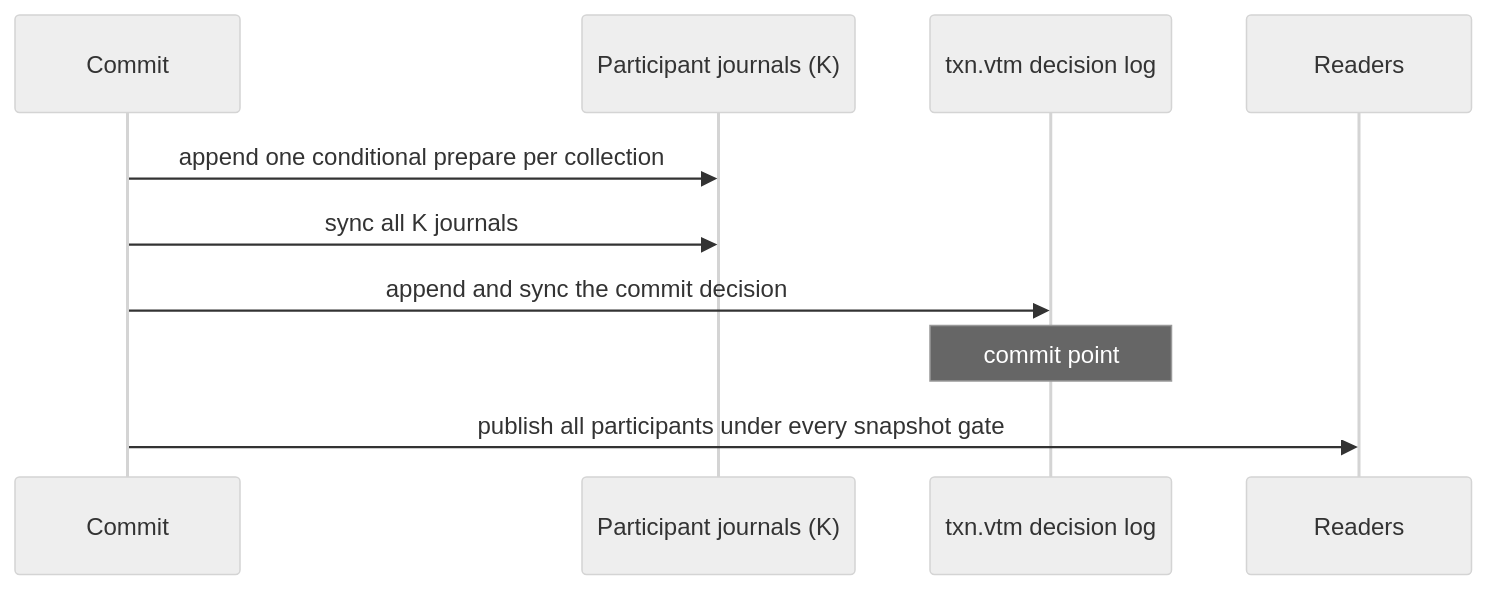
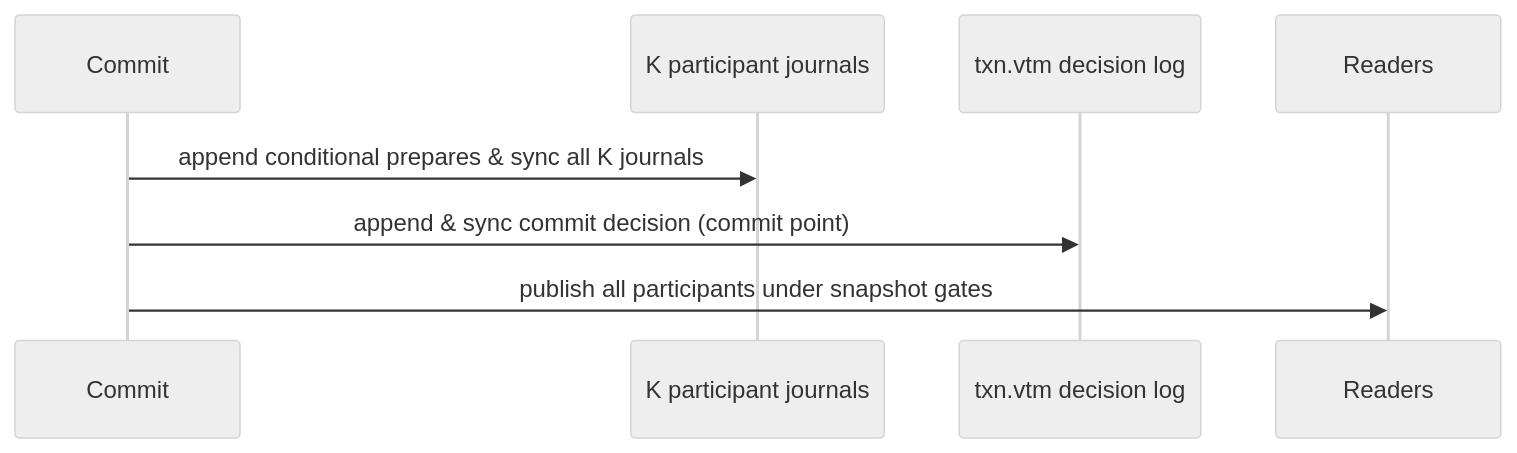
One commit to thesyncim/vibedb changed the diagram in docs/transactions.md. Above: the diagram before and after it, drawn with Mermaid (neutral theme). The commit also changed other lines of this file and 1871 other files, not shown here.

````diff
--- a/docs/transactions.md
+++ b/docs/transactions.md
@@ -176,12 +42,10 @@
 ```mermaid
 sequenceDiagram
     participant Tx as Commit
-    participant J as Participant journals (K)
+    participant J as K participant journals
     participant D as txn.vtm decision log
     participant R as Readers
-    Tx->>J: append one conditional prepare per collection
-    Tx->>J: sync all K journals
-    Tx->>D: append and sync the commit decision
-    Note over D: commit point
-    Tx->>R: publish all participants under every snapshot gate
+    Tx->>J: append conditional prepares & sync all K journals
+    Tx->>D: append & sync commit decision (commit point)
+    Tx->>R: publish all participants under snapshot gates
 ```
````
